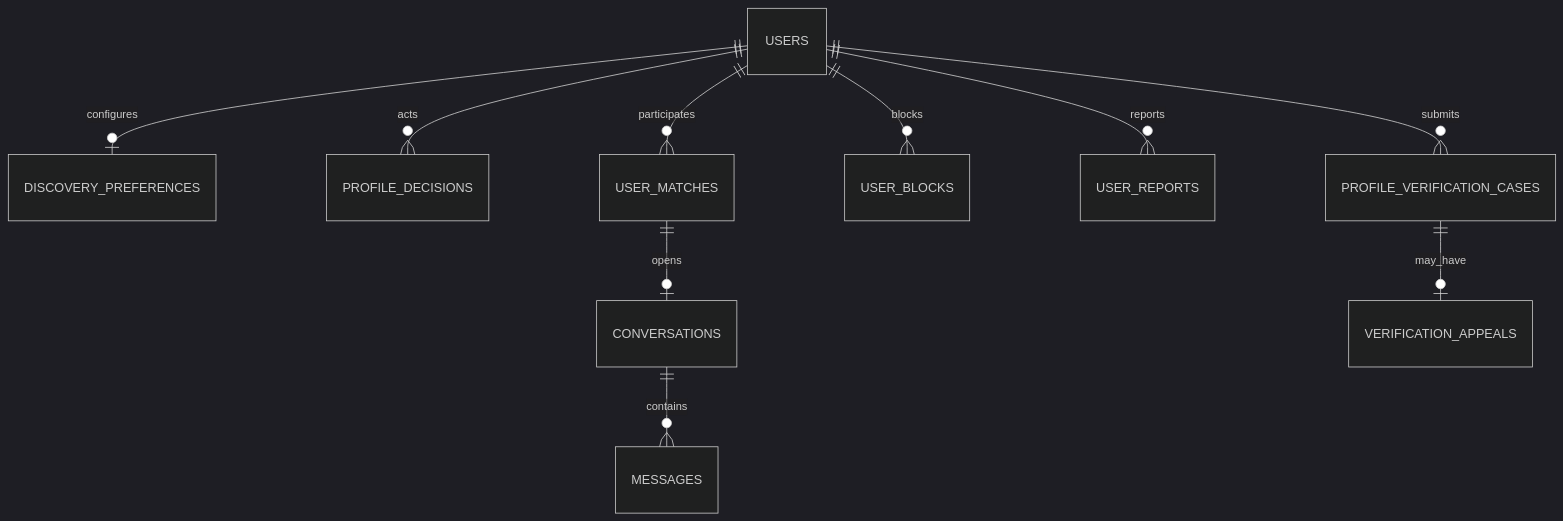
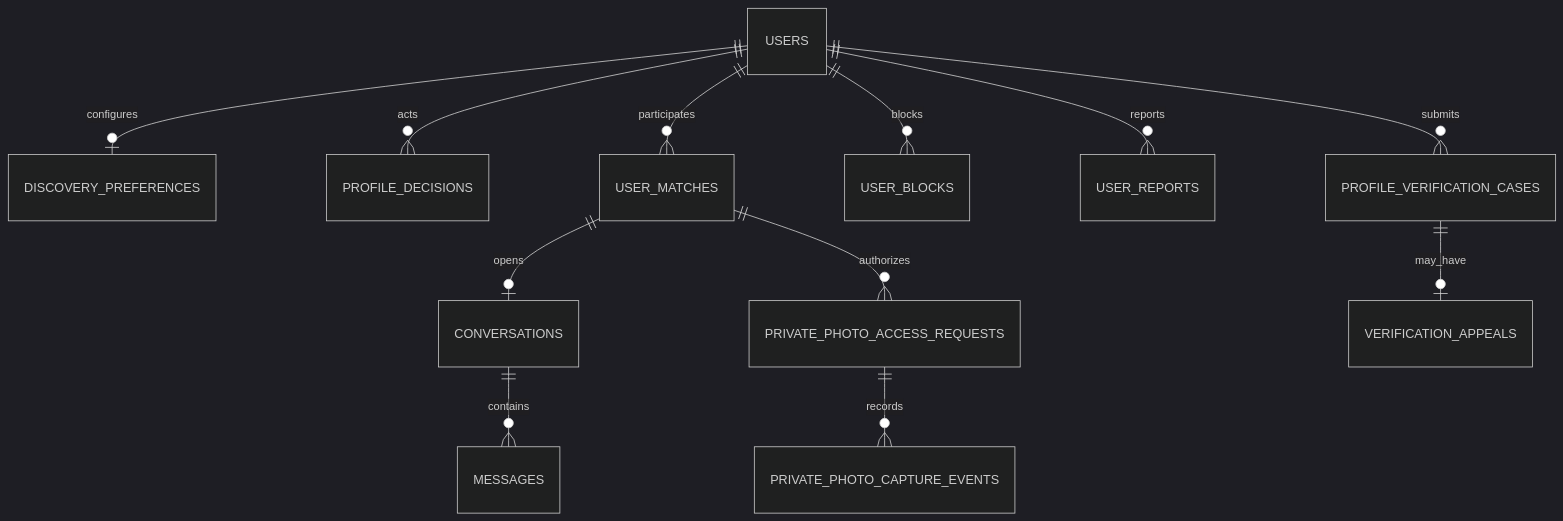
Before and after one commit to ahtesham2k01/soul-backend: the second of 3 diagrams in docs/DATABASE_DESIGN.md, drawn with Mermaid (dark theme). The commit also changed other lines of this file and 77 other files, not shown here.

Commit message:
Complete private photo access and protection

````diff
--- a/docs/DATABASE_DESIGN.md
+++ b/docs/DATABASE_DESIGN.md
@@ -34,12 +34,14 @@
 ```mermaid
 erDiagram
     USERS ||--o| DISCOVERY_PREFERENCES : configures
     USERS ||--o{ PROFILE_DECISIONS : acts
     USERS ||--o{ USER_MATCHES : participates
     USER_MATCHES ||--o| CONVERSATIONS : opens
+    USER_MATCHES ||--o{ PRIVATE_PHOTO_ACCESS_REQUESTS : authorizes
+    PRIVATE_PHOTO_ACCESS_REQUESTS ||--o{ PRIVATE_PHOTO_CAPTURE_EVENTS : records
     CONVERSATIONS ||--o{ MESSAGES : contains
     USERS ||--o{ USER_BLOCKS : blocks
     USERS ||--o{ USER_REPORTS : reports
     USERS ||--o{ PROFILE_VERIFICATION_CASES : submits
     PROFILE_VERIFICATION_CASES ||--o| VERIFICATION_APPEALS : may_have
 ```
````
